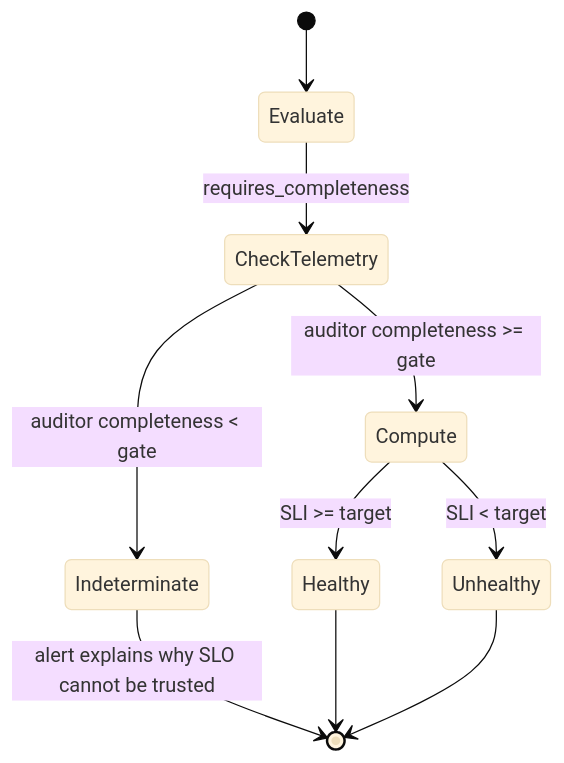
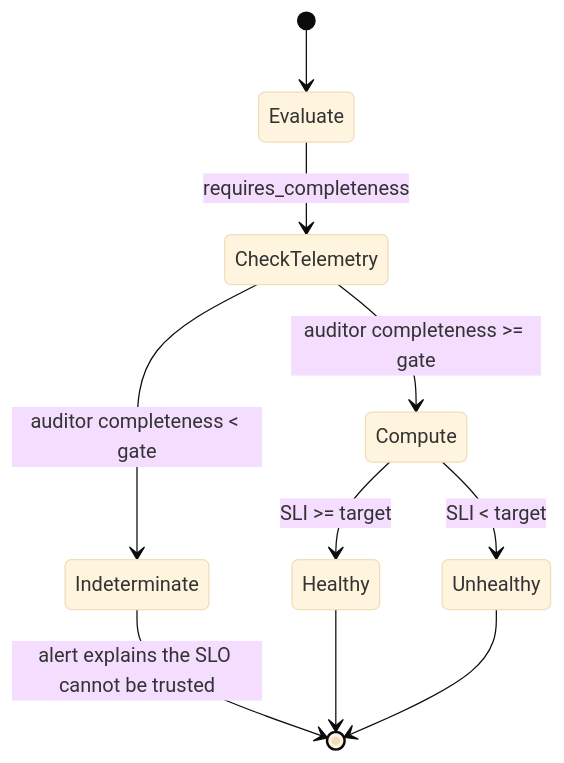
One commit to SigNoz/signoz changed the second of 3 diagrams in hackathon/telemetry-health-auditor-prd.md. Above: the diagram before and after it, drawn with Mermaid (base theme). The commit also changed other lines of this file, not shown here.

First line of the commit message:
docs(hackathon): pivot PRD to third-layer architecture

````diff
--- a/hackathon/telemetry-health-auditor-prd.md
+++ b/hackathon/telemetry-health-auditor-prd.md
@@ -457,12 +203,12 @@
 ```mermaid
 stateDiagram-v2
     [*] --> Evaluate
     Evaluate --> CheckTelemetry: requires_completeness
     CheckTelemetry --> Indeterminate: auditor completeness < gate
     CheckTelemetry --> Compute: auditor completeness >= gate
     Compute --> Healthy: SLI >= target
     Compute --> Unhealthy: SLI < target
-    Indeterminate --> [*]: alert explains why SLO cannot be trusted
+    Indeterminate --> [*]: alert explains the SLO cannot be trusted
     Healthy --> [*]
     Unhealthy --> [*]
 ```
````
